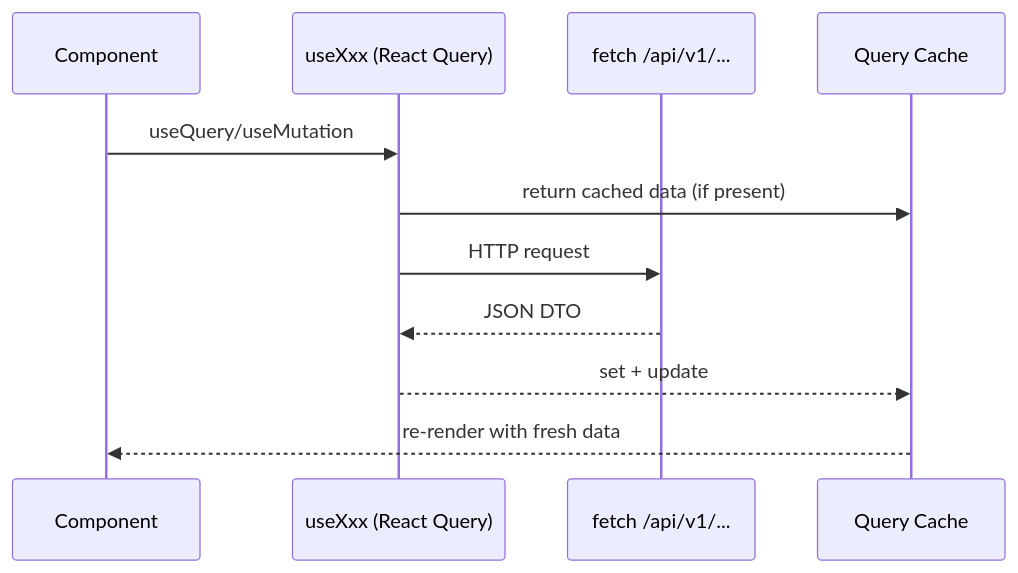
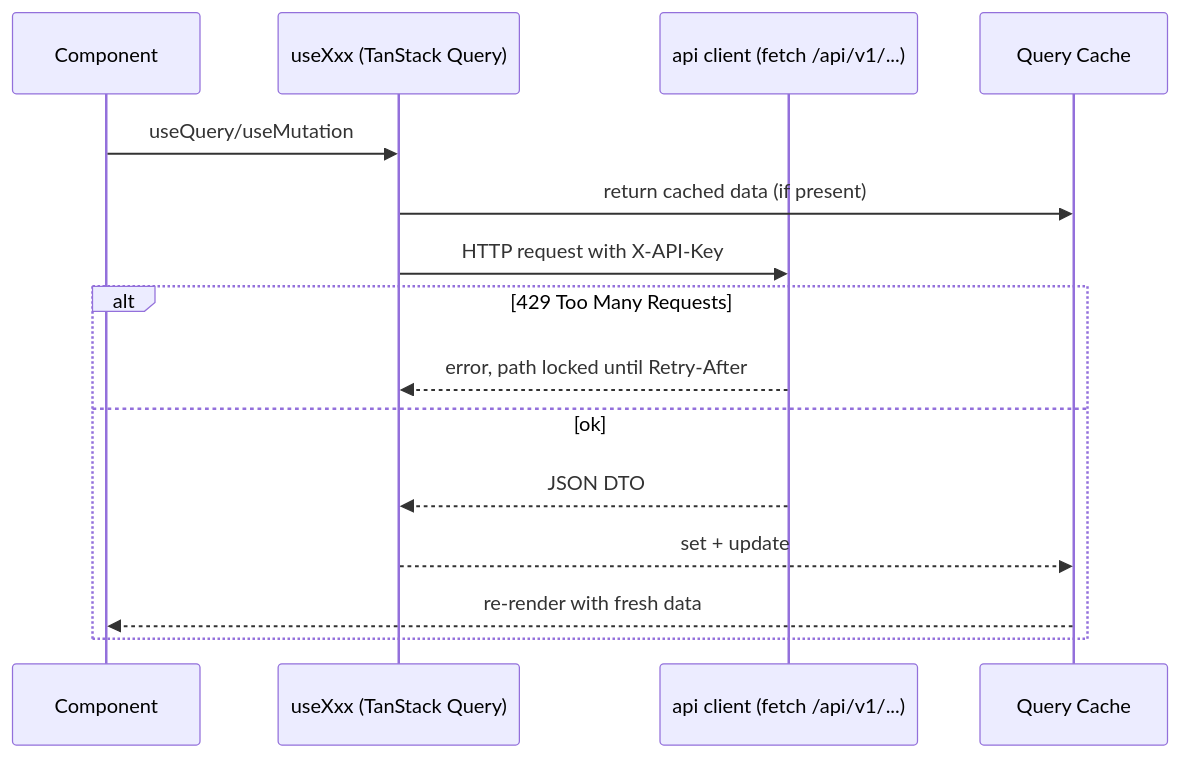
One commit to FLSEST/MySuricates changed the second of 3 diagrams in docs/en/frontend-flow-diagrams.md. Above: the diagram before and after it, drawn with Mermaid. The commit also changed other lines of this file and 4 other files, not shown here.

First line of the commit message:
docs(diagramme): Frontend page shows all routes, stores, invalidation and WebSocket ticket

````diff
--- a/docs/en/frontend-flow-diagrams.md
+++ b/docs/en/frontend-flow-diagrams.md
@@ -27,14 +31,18 @@
 ```mermaid
 sequenceDiagram
     participant UI as Component
-    participant HOOK as useXxx (React Query)
-    participant API as fetch /api/v1/...
+    participant HOOK as useXxx (TanStack Query)
+    participant API as api client (fetch /api/v1/...)
     participant CACHE as Query Cache
 
     UI->>HOOK: useQuery/useMutation
     HOOK->>CACHE: return cached data (if present)
-    HOOK->>API: HTTP request
-    API-->>HOOK: JSON DTO
-    HOOK-->>CACHE: set + update
-    CACHE-->>UI: re-render with fresh data
+    HOOK->>API: HTTP request with X-API-Key
+    alt 429 Too Many Requests
+        API-->>HOOK: error, path locked until Retry-After
+    else ok
+        API-->>HOOK: JSON DTO
+        HOOK-->>CACHE: set + update
+        CACHE-->>UI: re-render with fresh data
+    end
 ```
````
